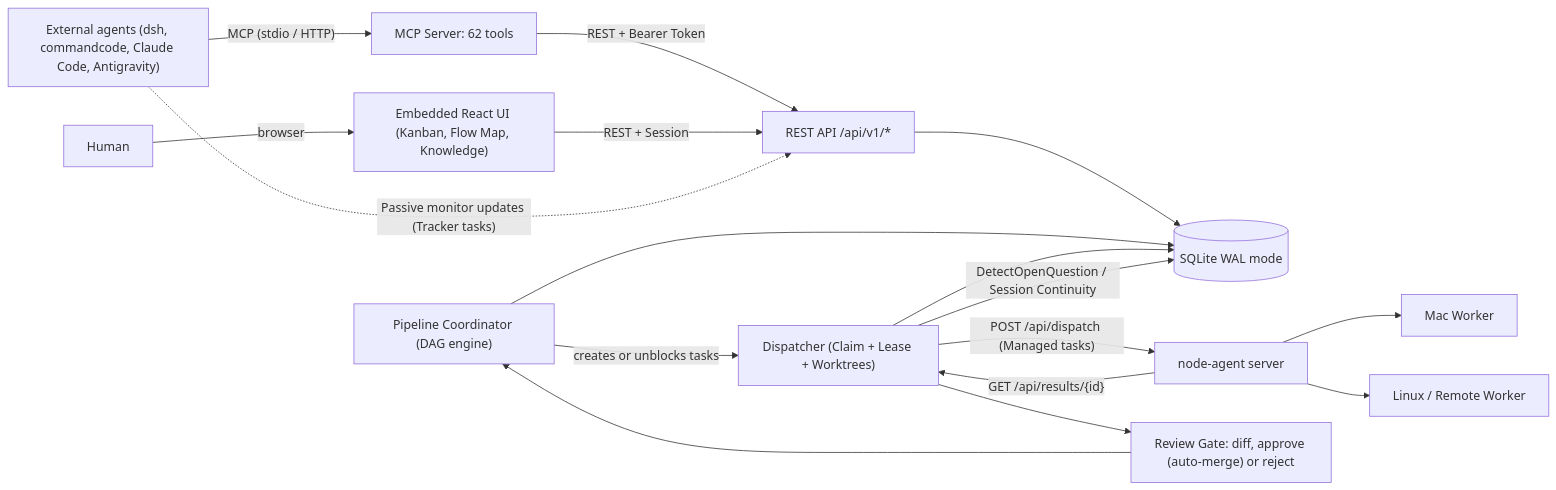
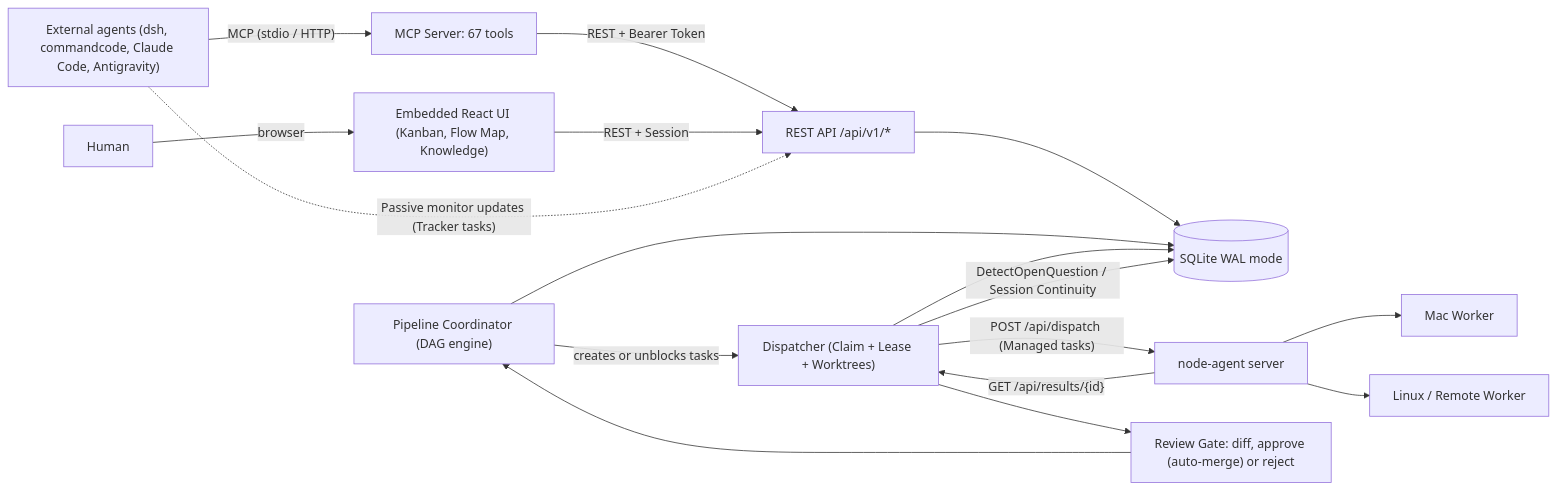
The diagram in README.md (adityahimaone/switchyard-lite), drawn with Mermaid before and after one commit. The commit also changed other lines of this file and 14 other files, not shown here.

Commit message:
feat(mcp): expand to 67 tools with agy probing and account switching, add node-agent zero-update shell fallback

````diff
--- a/README.md
+++ b/README.md
@@ -11,19 +11,19 @@
 ```mermaid
 flowchart LR
-  A["External agents (dsh, commandcode, Claude Code, Antigravity)"] -- "MCP (stdio / HTTP)" --> M[MCP Server: 62 tools]
+  A["External agents (dsh, commandcode, Claude Code, Antigravity)"] -- "MCP (stdio / HTTP)" --> M[MCP Server: 67 tools]
   H[Human] -- browser --> UI["Embedded React UI (Kanban, Flow Map, Knowledge)"]
   M -- REST + Bearer Token --> API[REST API /api/v1/*]
   UI -- REST + Session --> API
   API --> S[(SQLite WAL mode)]
   P["Pipeline Coordinator (DAG engine)"] --> S
   D["Dispatcher (Claim + Lease + Worktrees)"] --> S
   P -- creates or unblocks tasks --> D
   D -- "POST /api/dispatch (Managed tasks)" --> NA[node-agent server]
   NA --> W1[Mac Worker]
   NA --> W2[Linux / Remote Worker]
   NA -- "GET /api/results/{id}" --> D
   D -- "DetectOpenQuestion / Session Continuity" --> S
   D --> R["Review Gate: diff, approve (auto-merge) or reject"]
   R --> P
   A -. "Passive monitor updates (Tracker tasks)" .-> API
 ```
````
